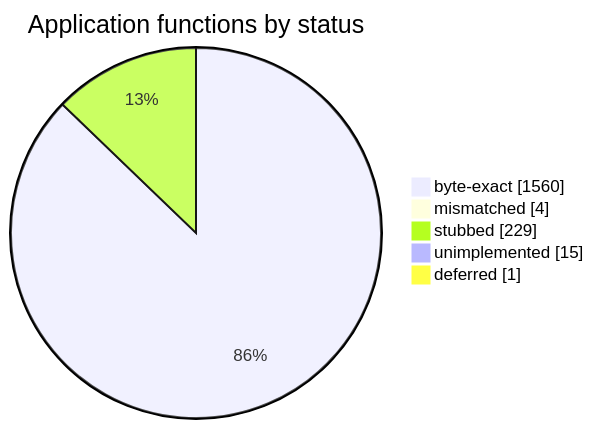
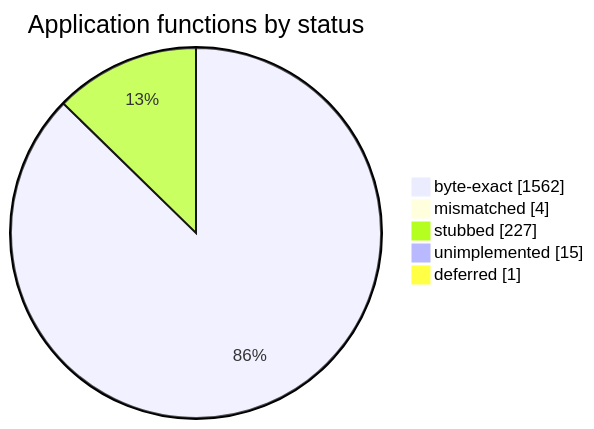
One commit to sorokya/eos changed the diagram in README.md. Above: the diagram before and after it, drawn with Mermaid. The commit also changed other lines of this file and 2 other files, not shown here.

````diff
--- a/README.md
+++ b/README.md
@@ -152,9 +152,9 @@
 ```mermaid
 pie showData
     title Application functions by status
-    "byte-exact" : 1560
+    "byte-exact" : 1562
     "mismatched" : 4
-    "stubbed" : 229
+    "stubbed" : 227
     "unimplemented" : 15
     "deferred" : 1
 ```
````
